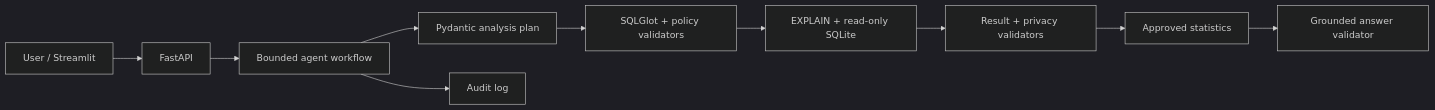
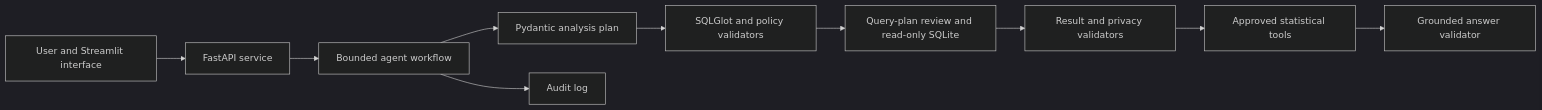
One commit to vdeeplearning/agentic_healthcare_SQL_analyst changed the first of 3 diagrams in README.md. Above: the diagram before and after it, drawn with Mermaid (dark theme).

Commit message:
Simplify architecture Mermaid rendering

````diff
--- a/README.md
+++ b/README.md
@@ -168,8 +168,23 @@
 ```mermaid
 flowchart LR
- U["User / Streamlit"] --> API["FastAPI"] --> G["Bounded agent workflow"]
- G --> P["Pydantic analysis plan"] --> V["SQLGlot + policy validators"]
- V --> Q["EXPLAIN + read-only SQLite"] --> R["Result + privacy validators"]
- R --> S["Approved statistics"] --> A["Grounded answer validator"]
- G --> L["Audit log"]
+ U["User and Streamlit interface"]
+ API["FastAPI service"]
+ G["Bounded agent workflow"]
+ P["Pydantic analysis plan"]
+ V["SQLGlot and policy validators"]
+ Q["Query-plan review and read-only SQLite"]
+ R["Result and privacy validators"]
+ S["Approved statistical tools"]
+ A["Grounded answer validator"]
+ L["Audit log"]
+
+ U --> API
+ API --> G
+ G --> P
+ P --> V
+ V --> Q
+ Q --> R
+ R --> S
+ S --> A
+ G --> L
 ```
````
